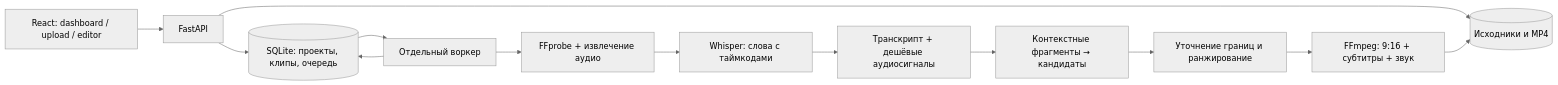
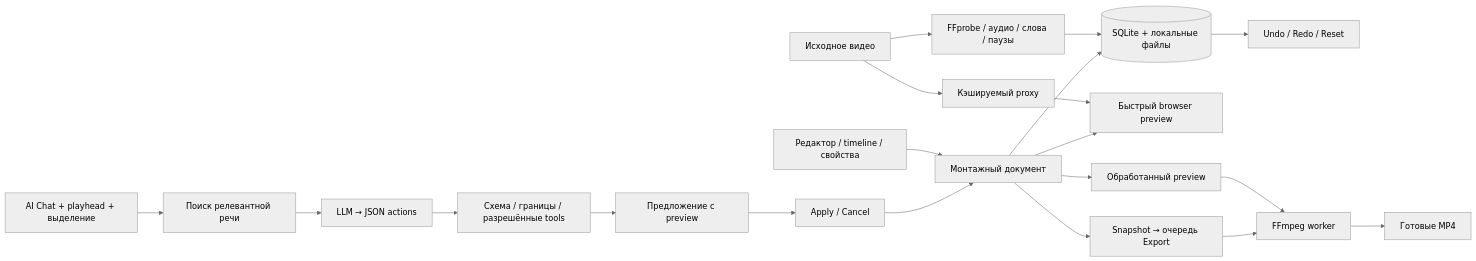
The diagram in docs/ARCHITECTURE.md (anclouss/-), drawn with Mermaid (neutral theme) before and after one commit. The commit also changed other lines of this file and 60 other files, not shown here.

Commit message:
Add non-destructive AI video editor with timeline and background exports

````diff
--- a/docs/ARCHITECTURE.md
+++ b/docs/ARCHITECTURE.md
@@ -9,15 +9,22 @@
 ```mermaid
 flowchart LR
-    UI[React: dashboard / upload / editor] --> API[FastAPI]
-    API --> DB[(SQLite: проекты, клипы, очередь)]
-    API --> Files[(Исходники и MP4)]
-    DB --> Worker[Отдельный воркер]
-    Worker --> Probe[FFprobe + извлечение аудио]
-    Probe --> STT[Whisper: слова с таймкодами]
-    STT --> Signals[Транскрипт + дешёвые аудиосигналы]
-    Signals --> Analyze[Контекстные фрагменты → кандидаты]
-    Analyze --> Rank[Уточнение границ и ранжирование]
-    Rank --> Render[FFmpeg: 9:16 + субтитры + звук]
-    Render --> Files
-    Worker --> DB
+    Source[Исходное видео] --> Prep[FFprobe / аудио / слова / паузы]
+    Source --> Proxy[Кэшируемый proxy]
+    Prep --> Store[(SQLite + локальные файлы)]
+    Proxy --> Browser[Быстрый browser preview]
+    UI[Редактор / timeline / свойства] --> EDL[Монтажный документ]
+    Chat[AI Chat + playhead + выделение] --> Retrieval[Поиск релевантной речи]
+    Retrieval --> LLM[LLM → JSON actions]
+    LLM --> Validate[Схема / границы / разрешённые tools]
+    Validate --> Proposal[Предложение с preview]
+    Proposal --> Apply[Apply / Cancel]
+    Apply --> EDL
+    EDL --> Store
+    EDL --> Browser
+    Store --> History[Undo / Redo / Reset]
+    EDL --> Preview[Обработанный preview]
+    EDL --> Export[Snapshot → очередь Export]
+    Preview --> FFmpeg[FFmpeg worker]
+    Export --> FFmpeg
+    FFmpeg --> MP4[Готовые MP4]
 ```
````
